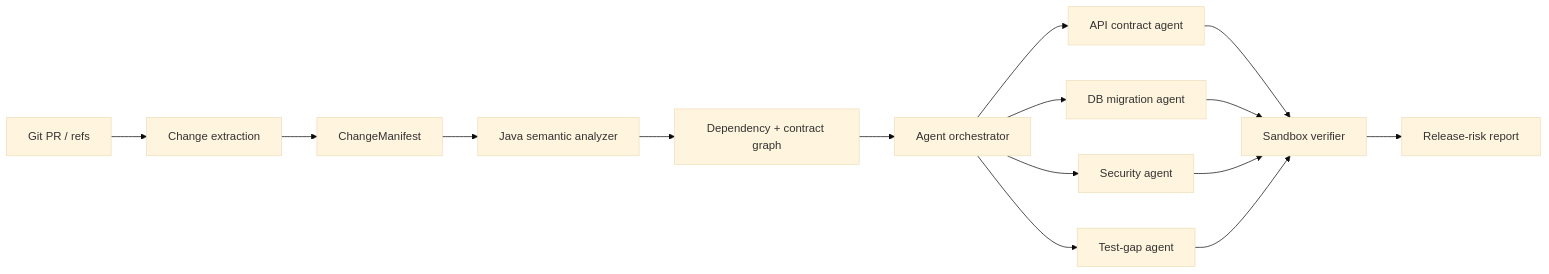
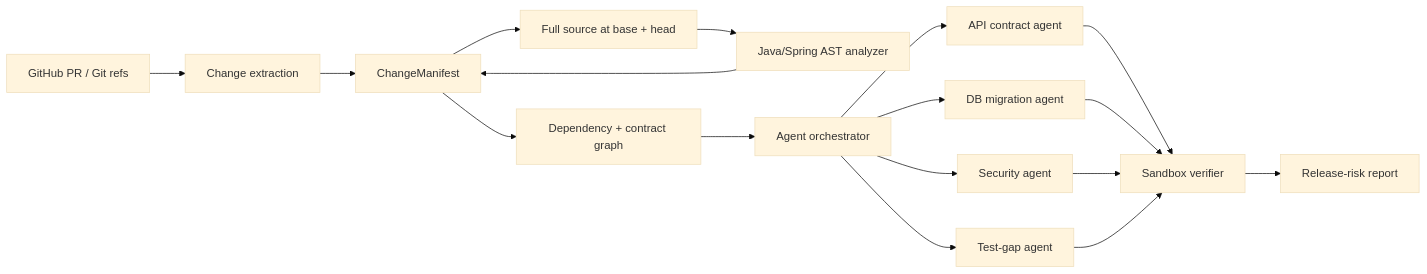
The diagram in README.md (SVB808/changeguard), drawn with Mermaid (base theme) before and after one commit. The commit also changed other lines of this file, not shown here.

Commit message:
docs: explain Spring semantic PR analysis workflow

````diff
--- a/README.md
+++ b/README.md
@@ -90,17 +140,19 @@
 ```mermaid
 flowchart LR
-  PR[Git PR / refs] --> CG[Change extraction]
+  PR[GitHub PR / Git refs] --> CG[Change extraction]
   CG --> M[ChangeManifest]
-  M --> AST[Java semantic analyzer]
-  AST --> G[Dependency + contract graph]
+  M --> SRC[Full source at base + head]
+  SRC --> AST[Java/Spring AST analyzer]
+  AST --> M
+  M --> G[Dependency + contract graph]
   G --> O[Agent orchestrator]
   O --> A1[API contract agent]
   O --> A2[DB migration agent]
   O --> A3[Security agent]
   O --> A4[Test-gap agent]
   A1 --> V[Sandbox verifier]
   A2 --> V
   A3 --> V
   A4 --> V
   V --> R[Release-risk report]
 ```
````
